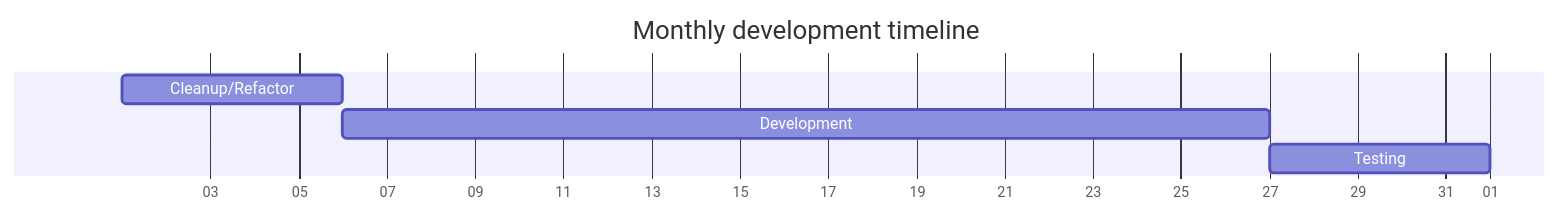
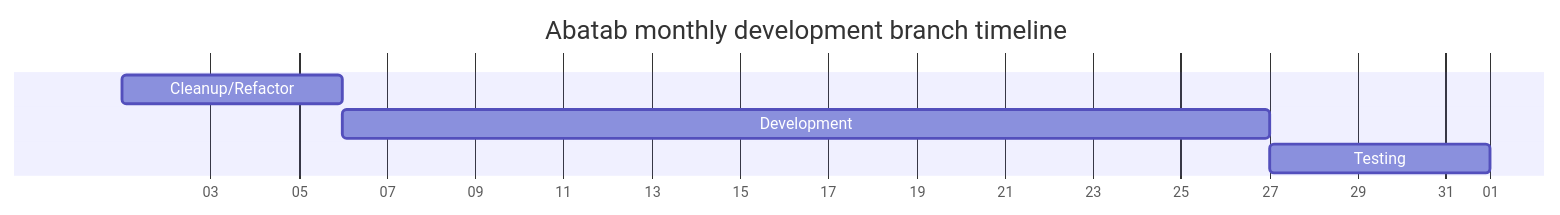
Before and after one commit to spectrum-health-systems/Abatab: the second of 2 diagrams in README_development.md, drawn with Mermaid. The commit also changed other lines of this file, not shown here.

````diff
--- a/README_development.md
+++ b/README_development.md
@@ -99,9 +91,9 @@
 ```mermaid
 gantt
-  title Monthly development timeline
+  title Abatab monthly development branch timeline 
   dateFormat X
   axisFormat %d
   Cleanup/Refactor  : 1, 5d
   Development   : 21d
   Testing   : 5d
 ```
````
